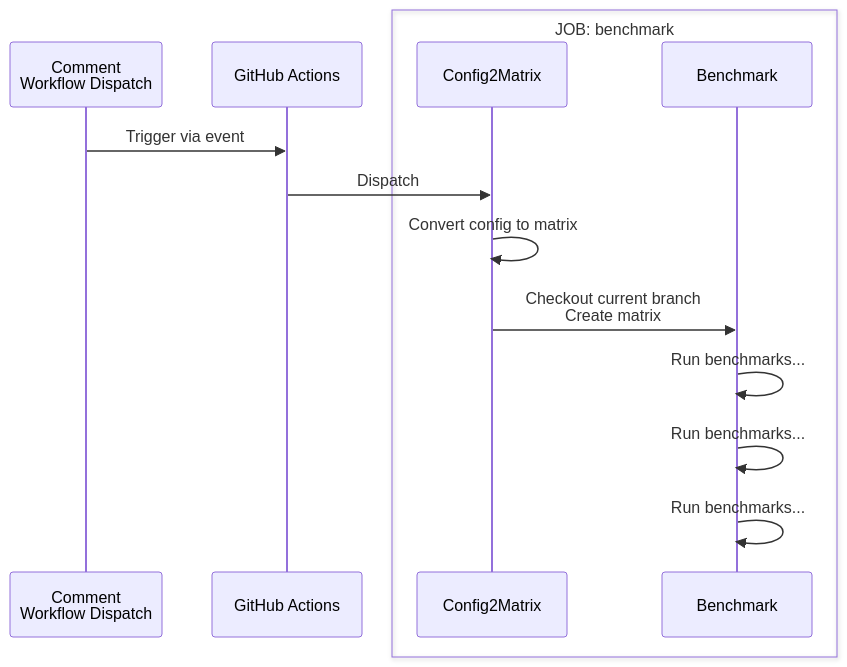
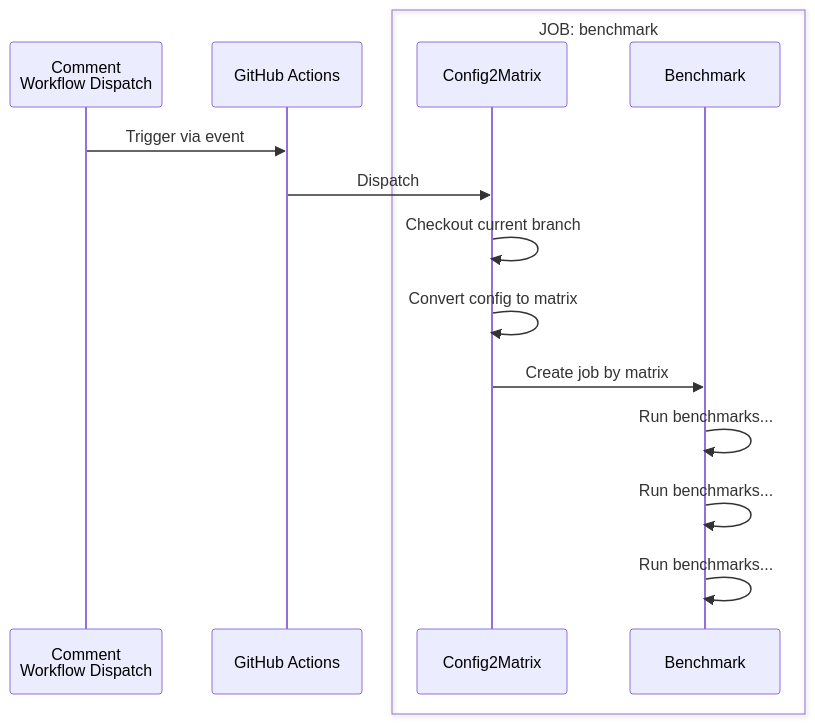
The first of 2 diagrams in .github/scripts/tests/README.md (Cysharp/Actions), drawn with Mermaid before and after one commit. The commit also changed other lines of this file, not shown here.

Commit message:
doc: update checkout [skip ci]

````diff
--- a/.github/scripts/tests/README.md
+++ b/.github/scripts/tests/README.md
@@ -9,17 +9,18 @@
 ```mermaid
 sequenceDiagram
     participant trigger as Comment<br/>Workflow Dispatch
     participant gha as GitHub Actions
     box JOB: benchmark
       participant config2matrix as Config2Matrix
       participant benchmark as Benchmark
     end
 
     trigger->>gha: Trigger via event
     gha->>config2matrix: Dispatch
+    config2matrix->>config2matrix: Checkout current branch
     config2matrix->>config2matrix: Convert config to matrix
-    config2matrix->>benchmark: Checkout current branch <br/> Create matrix
+    config2matrix->>benchmark: Create job by matrix
     benchmark->>benchmark: Run benchmarks...
     benchmark->>benchmark: Run benchmarks...
     benchmark->>benchmark: Run benchmarks...
 ```
````
